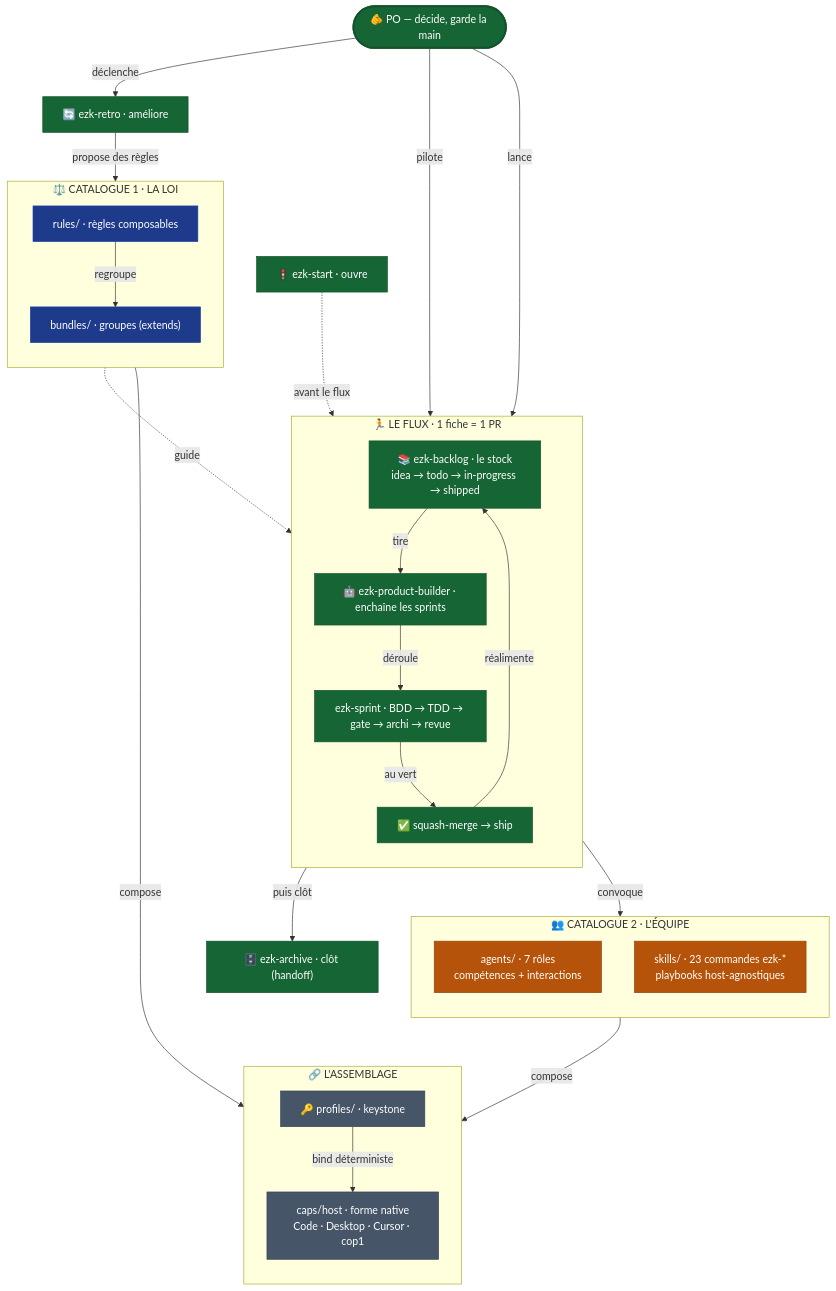
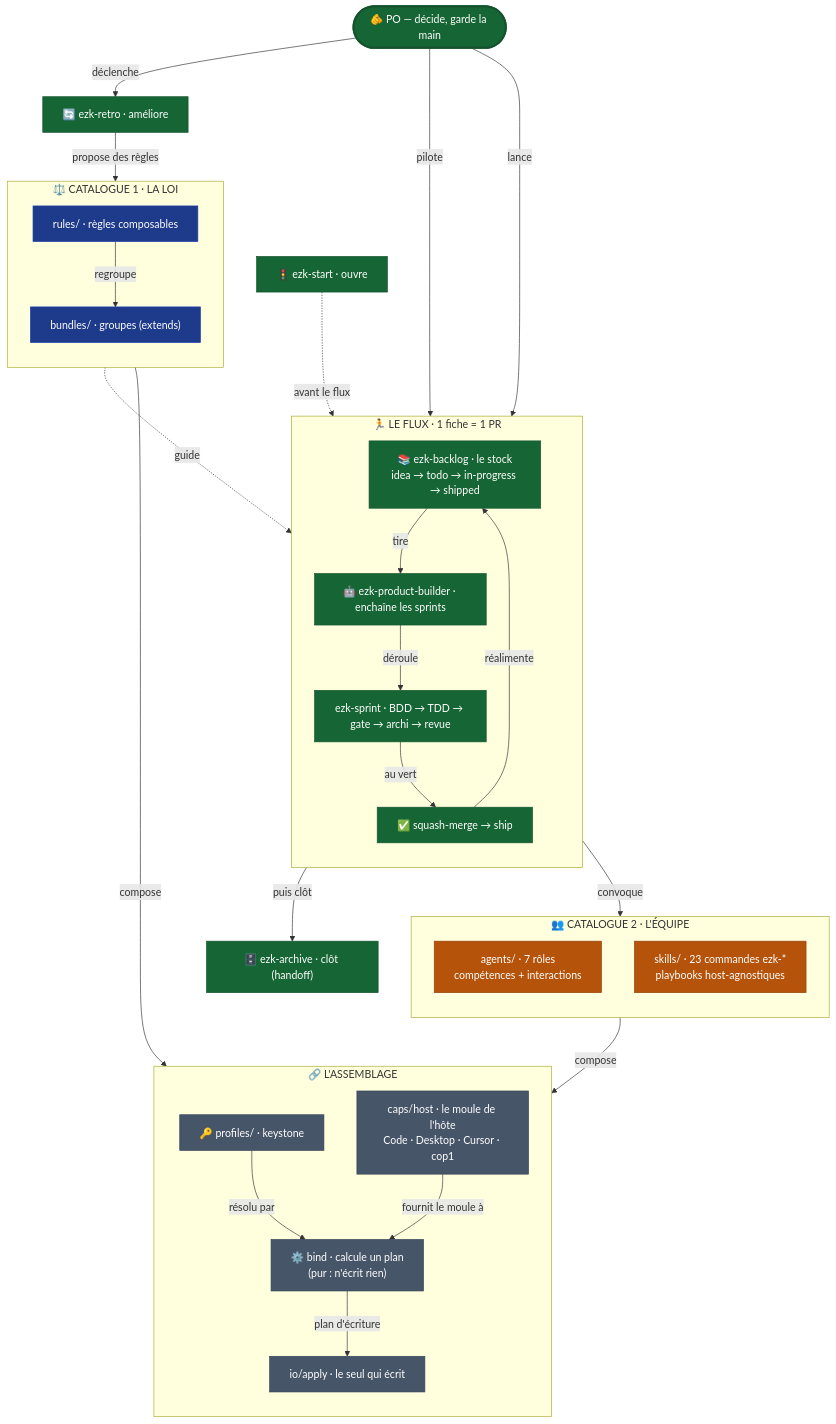
One commit to elzinko/vectorz changed the diagram in diagrams/methode-mega-city/diagram.mmd. Above: the diagram before and after it, drawn with Mermaid. The commit also changed 7 other files, not shown here.

First line of the commit message:
fix(method): round 4 — bind/caps enfin corrigé, roles calibrés, doc à jour

```diff
--- a/diagrams/methode-mega-city/diagram.mmd
+++ b/diagrams/methode-mega-city/diagram.mmd
@@ -1,55 +1,57 @@
 flowchart TB
     PO(["🫵 PO — décide, garde la main"])
 
     subgraph LOI["⚖️ CATALOGUE 1 · LA LOI"]
         direction TB
         R["rules/ · règles composables"] -->|regroupe| B["bundles/ · groupes (extends)"]
     end
 
     subgraph EQ["👥 CATALOGUE 2 · L'ÉQUIPE"]
         direction TB
         AG["agents/ · 7 rôles<br/>compétences + interactions"]
         SK["skills/ · 23 commandes ezk-*<br/>playbooks host-agnostiques"]
     end
 
     subgraph ASM["🔗 L'ASSEMBLAGE"]
         direction TB
-        KEY["🔑 profiles/ · keystone"] -->|bind déterministe| CAPS["caps/host · forme native<br/>Code · Desktop · Cursor · cop1"]
+        KEY["🔑 profiles/ · keystone"] -->|résolu par| BIND["⚙️ bind · calcule un plan<br/>(pur : n'écrit rien)"]
+        CAPS["caps/host · le moule de l'hôte<br/>Code · Desktop · Cursor · cop1"] -->|fournit le moule à| BIND
+        BIND -->|plan d'écriture| APPLY["io/apply · le seul qui écrit"]
     end
 
     subgraph FLOW["🏃 LE FLUX · 1 fiche = 1 PR"]
         direction TB
         BL["📚 ezk-backlog · le stock<br/>idea → todo → in-progress → shipped"]
         PB["🤖 ezk-product-builder · enchaîne les sprints"]
         SP["ezk-sprint · BDD → TDD → gate → archi → revue"]
         SHIP["✅ squash-merge → ship"]
         BL -->|tire| PB -->|déroule| SP -->|au vert| SHIP
     end
 
     START["🚦 ezk-start · ouvre"]
     ARCH["🗄️ ezk-archive · clôt (handoff)"]
     RETRO["🔄 ezk-retro · améliore"]
 
     LOI -->|compose| KEY
     EQ -->|compose| KEY
     PO -->|pilote| BL
     PO -->|lance| PB
     SP -->|convoque| AG
     LOI -.->|guide| SP
     SHIP -->|réalimente| BL
     START -.->|avant le flux| BL
     SHIP -->|puis clôt| ARCH
     PO -->|déclenche| RETRO
     RETRO -->|propose des règles| LOI
 
     classDef loi fill:#1e3a8a,stroke:#1e40af,color:#fff;
     classDef eq fill:#b45309,stroke:#92400e,color:#fff;
     classDef flow fill:#166534,stroke:#14532d,color:#fff;
     classDef asm fill:#475569,stroke:#334155,color:#fff;
     classDef po fill:#166534,stroke:#14532d,color:#fff,stroke-width:3px;
 
     class R,B loi;
     class AG,SK eq;
     class BL,PB,SP,SHIP,START,ARCH,RETRO flow;
-    class KEY,CAPS asm;
+    class KEY,CAPS,BIND,APPLY asm;
     class PO po;
```
